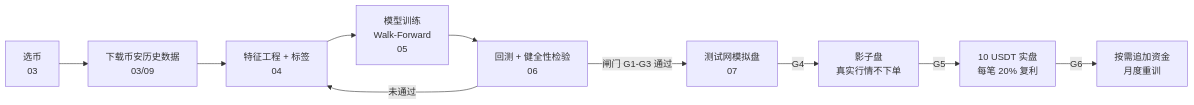
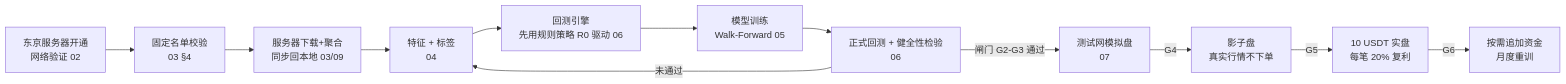
One commit to wumingze704-bit/bn-trade changed the diagram in docs/design.md. Above: the diagram before and after it, drawn with Mermaid. The commit also changed other lines of this file and 11 other files, not shown here.

````diff
--- a/docs/design.md
+++ b/docs/design.md
@@ -12,12 +14,14 @@
 ```mermaid
 flowchart LR
-    A[选币<br/>03] --> B[下载币安历史数据<br/>03/09]
-    B --> C[特征工程 + 标签<br/>04]
-    C --> D[模型训练<br/>Walk-Forward<br/>05]
-    D --> E[回测 + 健全性检验<br/>06]
-    E -->|闸门 G1-G3 通过| F[测试网模拟盘<br/>07]
+    S0[东京服务器开通<br/>网络验证 02] --> A[固定名单校验<br/>03 §4]
+    A --> B[服务器下载+聚合<br/>同步回本地 03/09]
+    B --> C[特征 + 标签<br/>04]
+    C --> BT0[回测引擎<br/>先用规则策略 R0 驱动 06]
+    BT0 --> D[模型训练<br/>Walk-Forward 05]
+    D --> E[正式回测 + 健全性检验<br/>06]
+    E -->|闸门 G2-G3 通过| F[测试网模拟盘<br/>07]
     F -->|G4| G[影子盘<br/>真实行情不下单]
     G -->|G5| H[10 USDT 实盘<br/>每笔 20% 复利]
     H -->|G6| I[按需追加资金<br/>月度重训]
     E -->|未通过| C
 ```
````
